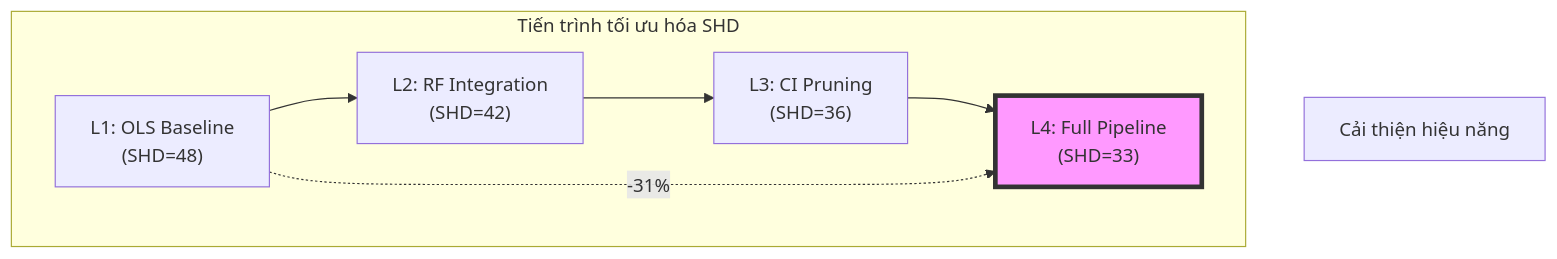
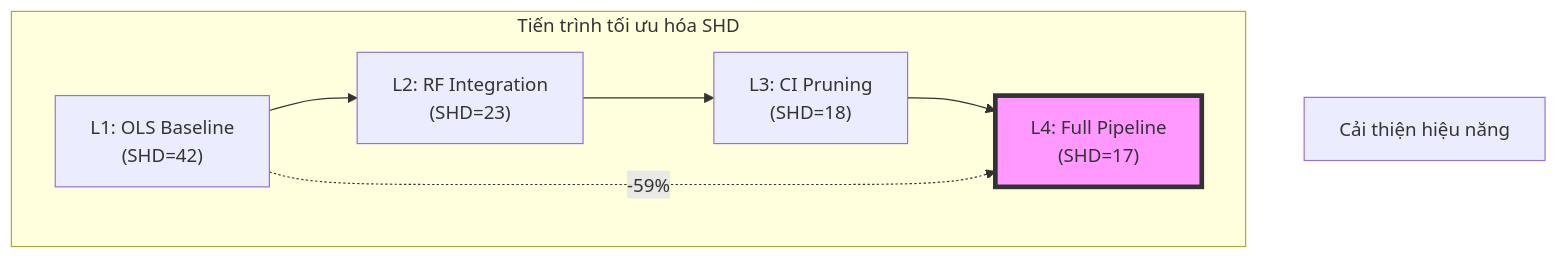
The second of 3 diagrams in docx/Chuong4_KetQuaThucNghiem.md (manhthai1706/DeepANM), drawn with Mermaid before and after one commit. The commit also changed other lines of this file and 1 other file, not shown here.

````diff
--- a/docx/Chuong4_KetQuaThucNghiem.md
+++ b/docx/Chuong4_KetQuaThucNghiem.md
@@ -109,18 +110,18 @@
 ```mermaid
 graph TD
     subgraph Levels ["Tiến trình tối ưu hóa SHD"]
-        L1["L1: OLS Baseline<br/>(SHD=48)"]
-        L2["L2: RF Integration<br/>(SHD=42)"]
-        L3["L3: CI Pruning<br/>(SHD=36)"]
-        L4["L4: Full Pipeline<br/>(SHD=33)"]
+        L1["L1: OLS Baseline<br/>(SHD=42)"]
+        L2["L2: RF Integration<br/>(SHD=23)"]
+        L3["L3: CI Pruning<br/>(SHD=18)"]
+        L4["L4: Full Pipeline<br/>(SHD=17)"]
         
         L1 --> L2
         L2 --> L3
         L3 --> L4
     end
     
     Improve["Cải thiện hiệu năng"]
-    L1 -.->|"-31%"| L4
+    L1 -.->|"-59%"| L4
     
     style L4 fill:#f9f,stroke:#333,stroke-width:4px
 ```
````
